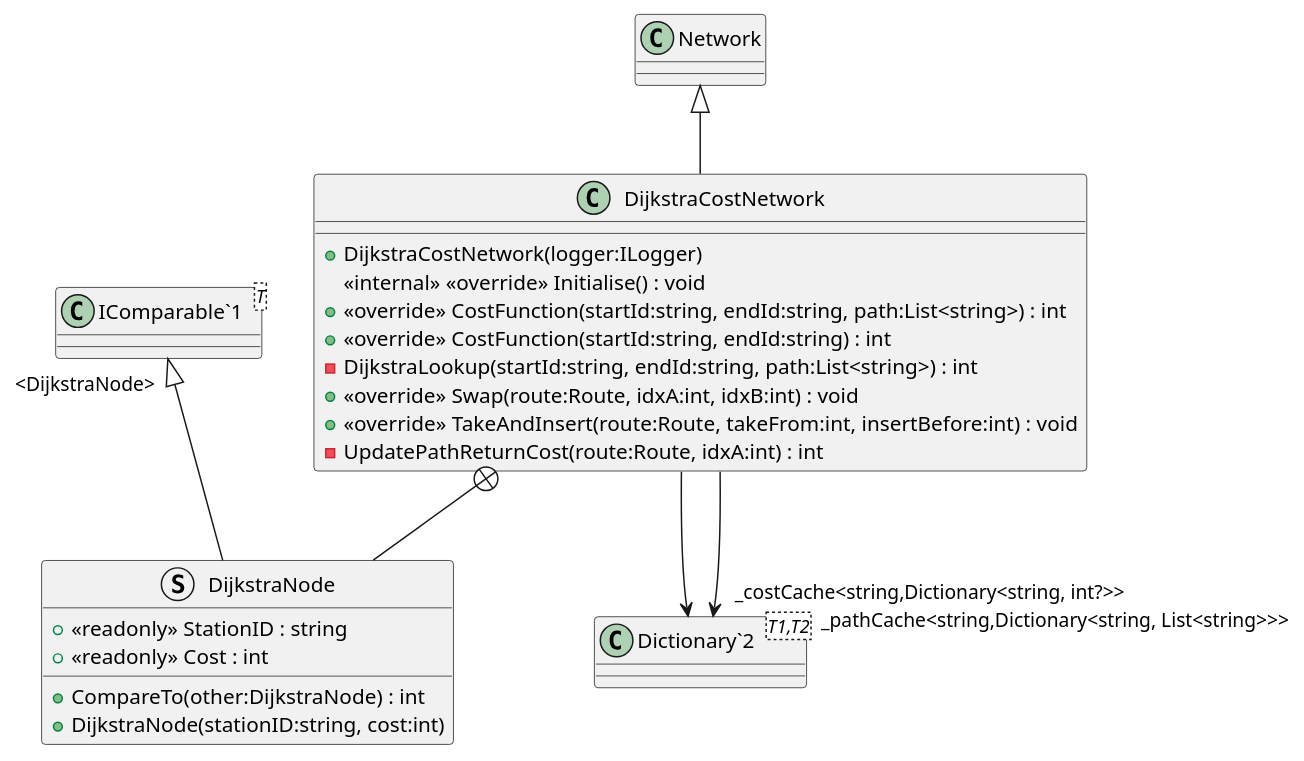
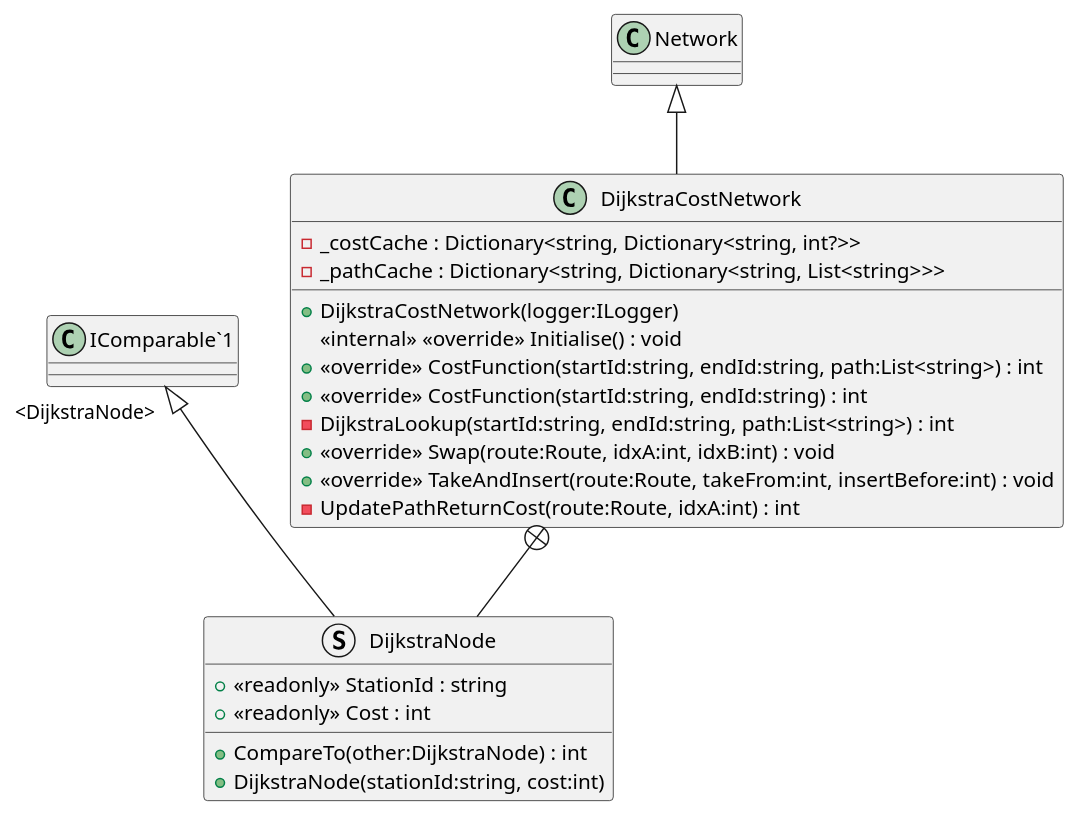
One commit to Liftyee/london-tube-navigator changed the diagram in TubeChallengeRouter/puml/TransportNetwork/DijkstraCostNetwork.puml. Above: the diagram before and after it, drawn with PlantUML. The commit also changed 26 other files, not shown here.

```diff
--- a/TubeChallengeRouter/puml/TransportNetwork/DijkstraCostNetwork.puml
+++ b/TubeChallengeRouter/puml/TransportNetwork/DijkstraCostNetwork.puml
@@ -1,27 +1,23 @@
 @startuml
 class DijkstraCostNetwork {
+    - _costCache : Dictionary<string, Dictionary<string, int?>>
+    - _pathCache : Dictionary<string, Dictionary<string, List<string>>>
     + DijkstraCostNetwork(logger:ILogger)
     <<internal>> <<override>> Initialise() : void
     + <<override>> CostFunction(startId:string, endId:string, path:List<string>) : int
     + <<override>> CostFunction(startId:string, endId:string) : int
     - DijkstraLookup(startId:string, endId:string, path:List<string>) : int
     + <<override>> Swap(route:Route, idxA:int, idxB:int) : void
     + <<override>> TakeAndInsert(route:Route, takeFrom:int, insertBefore:int) : void
     - UpdatePathReturnCost(route:Route, idxA:int) : int
 }
 struct DijkstraNode {
-    + <<readonly>> StationID : string
+    + <<readonly>> StationId : string
     + <<readonly>> Cost : int
     + CompareTo(other:DijkstraNode) : int
-    + DijkstraNode(stationID:string, cost:int)
-}
-class "Dictionary`2"<T1,T2> {
-}
-class "IComparable`1"<T> {
+    + DijkstraNode(stationId:string, cost:int)
 }
 Network <|-- DijkstraCostNetwork
-DijkstraCostNetwork --> "_costCache<string,Dictionary<string, int?>>" "Dictionary`2"
-DijkstraCostNetwork --> "_pathCache<string,Dictionary<string, List<string>>>" "Dictionary`2"
 DijkstraCostNetwork +-- DijkstraNode
 "IComparable`1" "<DijkstraNode>" <|-- DijkstraNode
 @enduml
```
